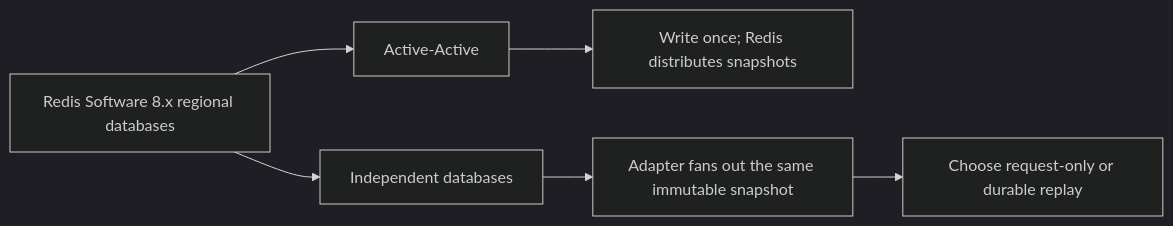
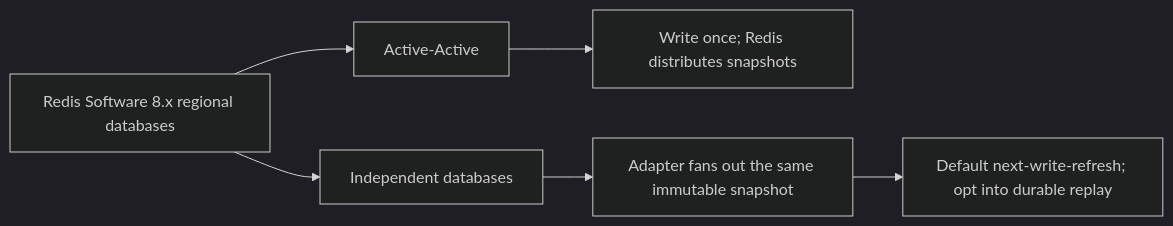
One commit to alberttwong/redis-multi-region-adapter changed the first of 2 diagrams in backends.md. Above: the diagram before and after it, drawn with Mermaid (dark theme). The commit also changed other lines of this file and 13 other files, not shown here.

Commit message:
Default independent recovery to next-write refresh

````diff
--- a/backends.md
+++ b/backends.md
@@ -11,8 +13,8 @@
 ```mermaid
 flowchart LR
     Redis["Redis Software 8.x regional databases"] --> AA["Active-Active"]
     Redis --> Independent["Independent databases"]
     AA --> Native["Write once; Redis distributes snapshots"]
     Independent --> Fanout["Adapter fans out the same immutable snapshot"]
-    Fanout --> Recovery["Choose request-only or durable replay"]
+    Fanout --> Recovery["Default next-write-refresh; opt into durable replay"]
 ```
````
